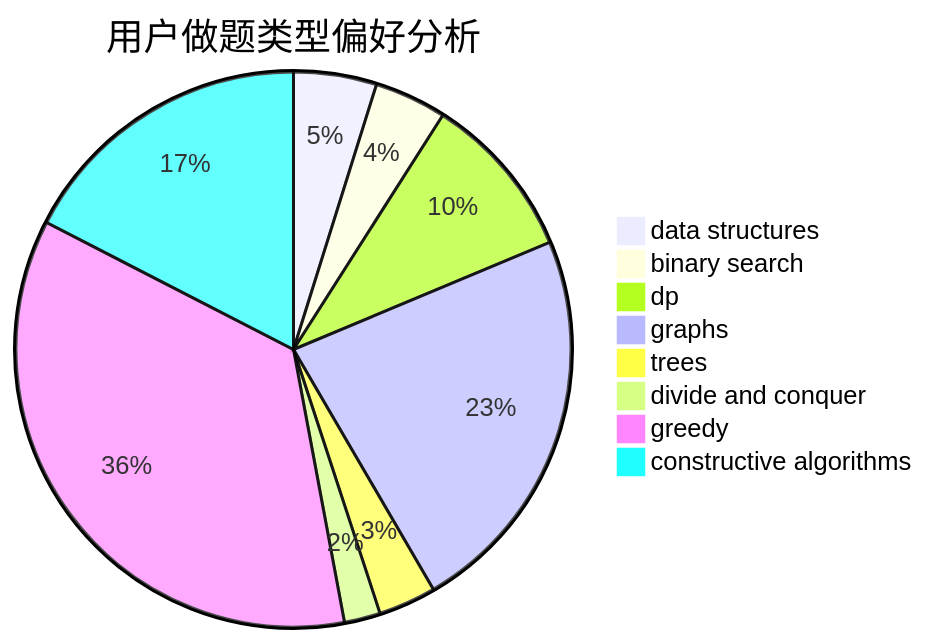
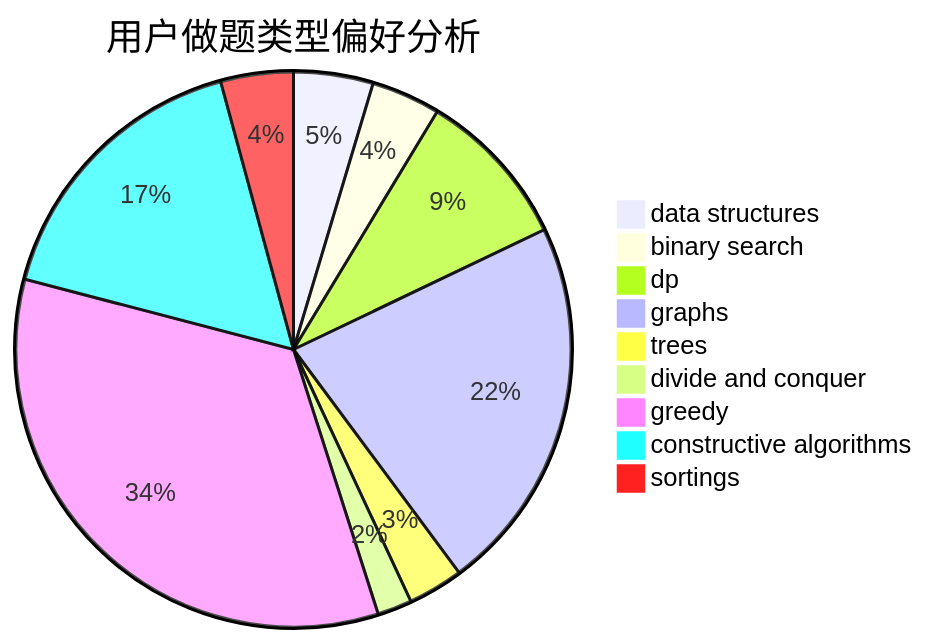
Before and after one commit to sherpahu/cfrs.github.io: the second of 3 diagrams in docs/user/u2142.md, drawn with Mermaid. The commit also changed other lines of this file and 2769 other files, not shown here.

````diff
--- a/docs/user/u2142.md
+++ b/docs/user/u2142.md
@@ -23,11 +18,12 @@
 ```mermaid
 pie title 用户做题类型偏好分析
     "data structures" :  23
     "binary search" :  20
     "dp" :  46
     "graphs" :  109
     "trees" :  16
     "divide and conquer" :  10
     "greedy" :  169
     "constructive algorithms" :  83
+    "sortings" :  21
 ```
````
